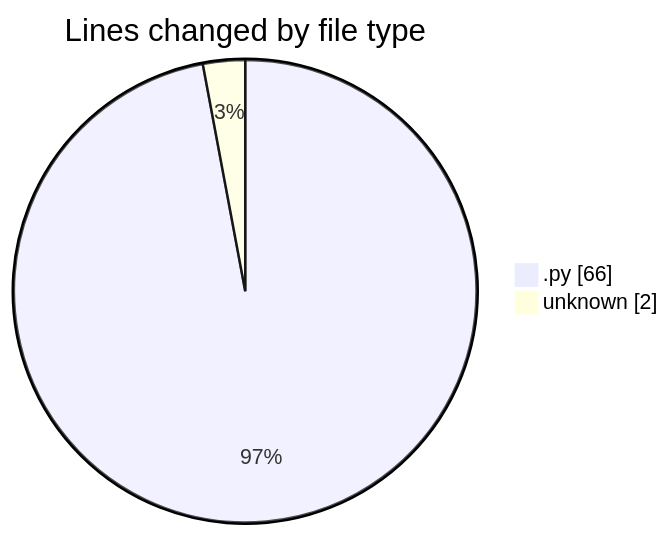
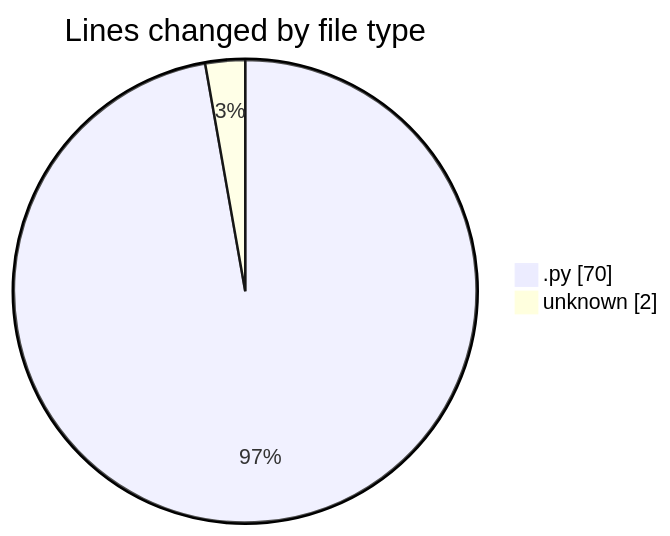
One commit to CELIANVF/code-tracking changed the first of 2 diagrams in 2025-01-21/monteur_automatique/README.md. Above: the diagram before and after it, drawn with Mermaid. The commit also changed other lines of this file and 1 other file, not shown here.

````diff
--- a/2025-01-21/monteur_automatique/README.md
+++ b/2025-01-21/monteur_automatique/README.md
@@ -23,6 +23,6 @@
 ```mermaid
 pie showData
 title Lines changed by file type
-".py" : 66
+".py" : 70
 "unknown" : 2
 ```
````
